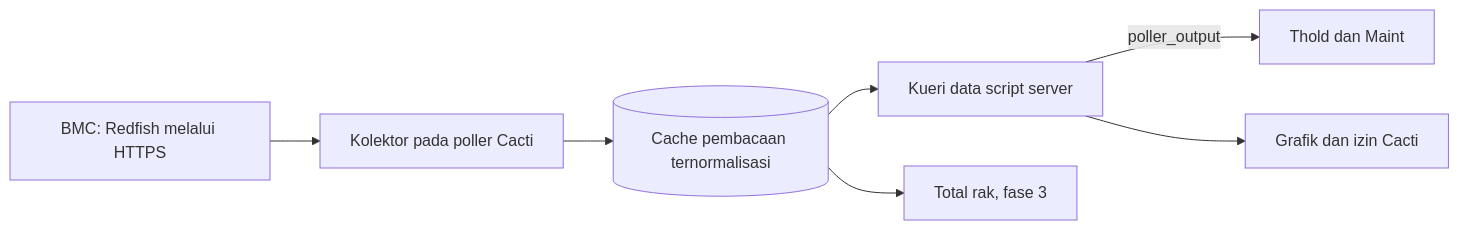
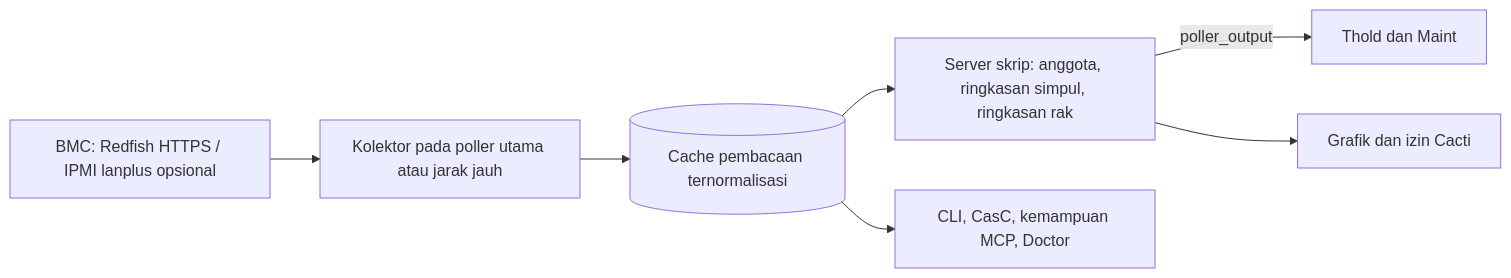
The diagram in docs/i18n/id-ID/README.md (somethingwithproof/plugin_redfish), drawn with Mermaid before and after one commit. The commit also changed other lines of this file and 47 other files, not shown here.

````diff
--- a/docs/i18n/id-ID/README.md
+++ b/docs/i18n/id-ID/README.md
@@ -100,9 +140,9 @@
 ```mermaid
 flowchart LR
-    BMC[BMC: Redfish melalui HTTPS] --> C[Kolektor pada poller Cacti]
-    C --> CACHE[(Cache pembacaan ternormalisasi)]
-    CACHE --> SS[Kueri data script server]
-    SS -->|poller_output| T[Thold dan Maint]
-    SS --> G[Grafik dan izin Cacti]
-    CACHE --> R[Total rak, fase 3]
+    BMC["BMC: Redfish HTTPS / IPMI lanplus opsional"] --> C["Kolektor pada poller utama atau jarak jauh"]
+    C --> CACHE[("Cache pembacaan ternormalisasi")]
+    CACHE --> SS["Server skrip: anggota, ringkasan simpul, ringkasan rak"]
+    SS -->|poller_output| T["Thold dan Maint"]
+    SS --> G["Grafik dan izin Cacti"]
+    CACHE --> ECO["CLI, CasC, kemampuan MCP, Doctor"]
 ```
````
